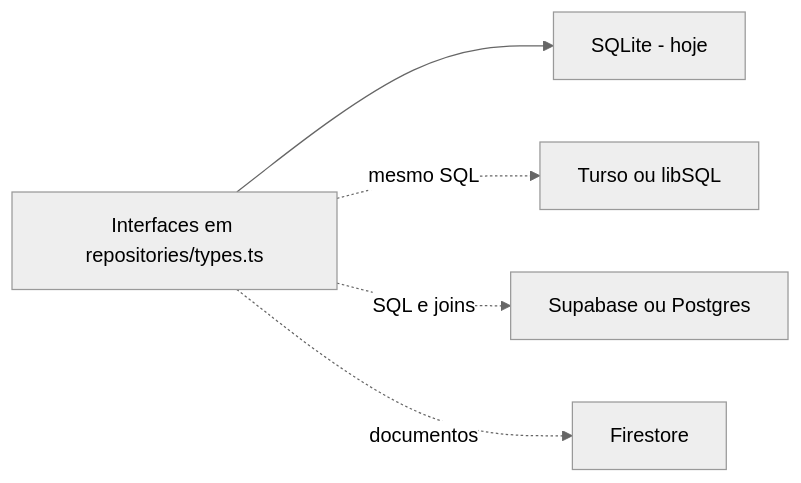
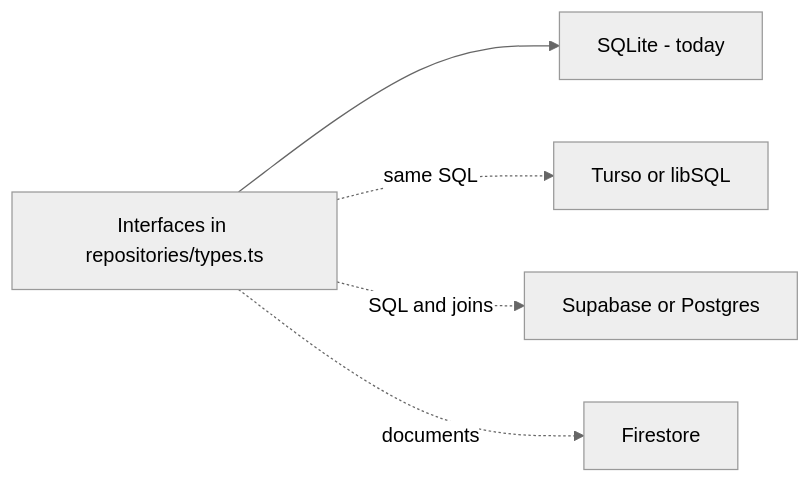
Before and after one commit to HDias/job-search: the seventh of 7 diagrams in docs/architecture.md, drawn with Mermaid (neutral theme). The commit also changed other lines of this file and 29 other files, not shown here.

````diff
--- a/docs/architecture.md
+++ b/docs/architecture.md
@@ -215,13 +216,13 @@
 ```mermaid
 flowchart LR
-  CONTRACTS["Interfaces em repositories/types.ts"]
-  SQLITE["SQLite - hoje"]
-  TURSO["Turso ou libSQL"]
-  SUPA["Supabase ou Postgres"]
+  CONTRACTS["Interfaces in repositories/types.ts"]
+  SQLITE["SQLite - today"]
+  TURSO["Turso or libSQL"]
+  SUPA["Supabase or Postgres"]
   FIRE["Firestore"]
 
   CONTRACTS --> SQLITE
-  CONTRACTS -.->|"mesmo SQL"| TURSO
-  CONTRACTS -.->|"SQL e joins"| SUPA
-  CONTRACTS -.->|"documentos"| FIRE
+  CONTRACTS -.->|"same SQL"| TURSO
+  CONTRACTS -.->|"SQL and joins"| SUPA
+  CONTRACTS -.->|"documents"| FIRE
 ```
````
